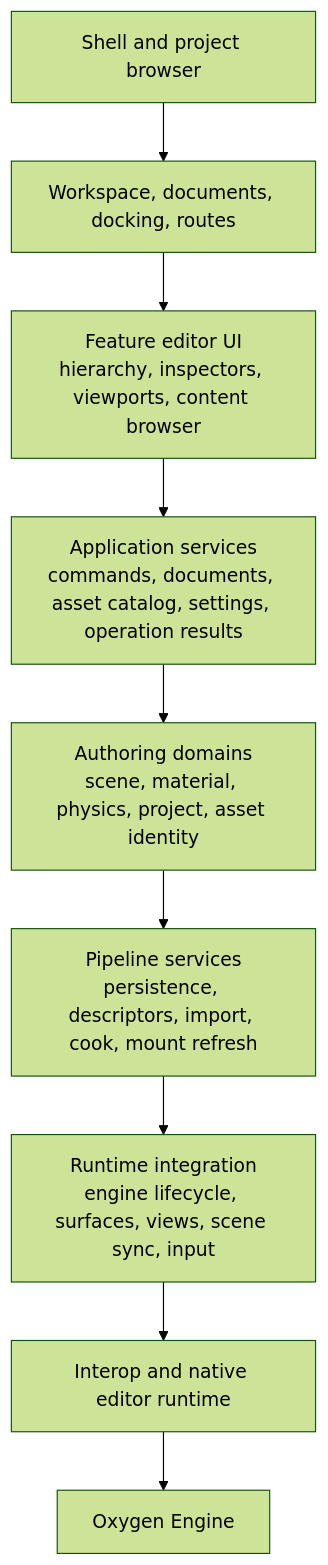
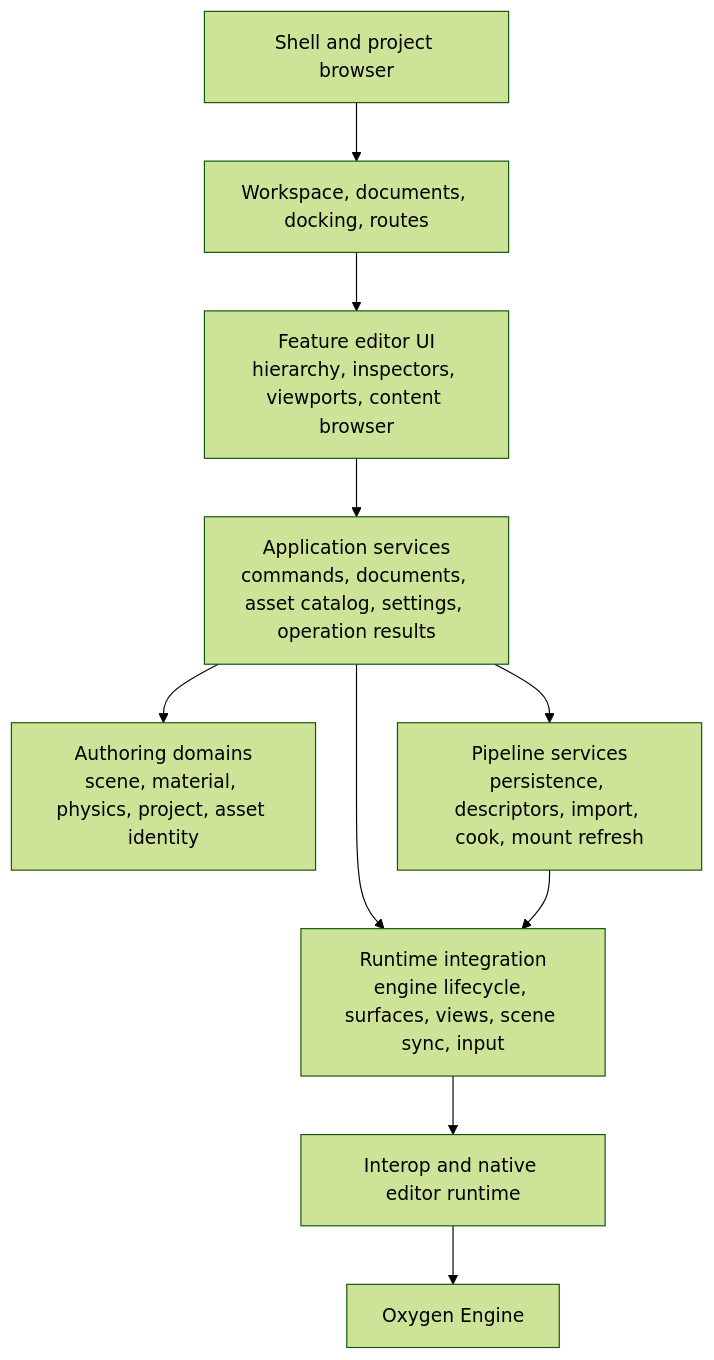
One commit to abdes/DroidNet changed the second of 10 diagrams in design/editor/ARCHITECTURE.md. Above: the diagram before and after it, drawn with Mermaid (forest theme). The commit also changed other lines of this file and 32 other files, not shown here.

````diff
--- a/design/editor/ARCHITECTURE.md
+++ b/design/editor/ARCHITECTURE.md
@@ -349,21 +350,22 @@
 ```mermaid
 flowchart TB
     Shell[Shell and project browser]
     Workspace[Workspace, documents, docking, routes]
     FeatureUI[Feature editor UI<br/>hierarchy, inspectors, viewports, content browser]
     AppServices[Application services<br/>commands, documents, asset catalog, settings, operation results]
     Domains[Authoring domains<br/>scene, material, physics, project, asset identity]
     Pipeline[Pipeline services<br/>persistence, descriptors, import, cook, mount refresh]
     Runtime[Runtime integration<br/>engine lifecycle, surfaces, views, scene sync, input]
     Interop[Interop and native editor runtime]
     Engine[Oxygen Engine]
 
     Shell --> Workspace
     Workspace --> FeatureUI
     FeatureUI --> AppServices
     AppServices --> Domains
-    Domains --> Pipeline
+    AppServices --> Pipeline
+    AppServices --> Runtime
     Pipeline --> Runtime
     Runtime --> Interop
     Interop --> Engine
 ```
````
